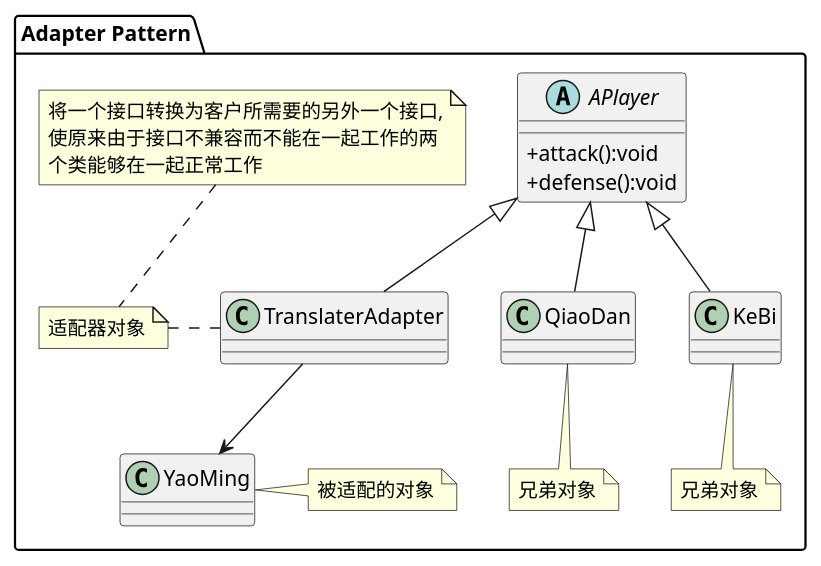
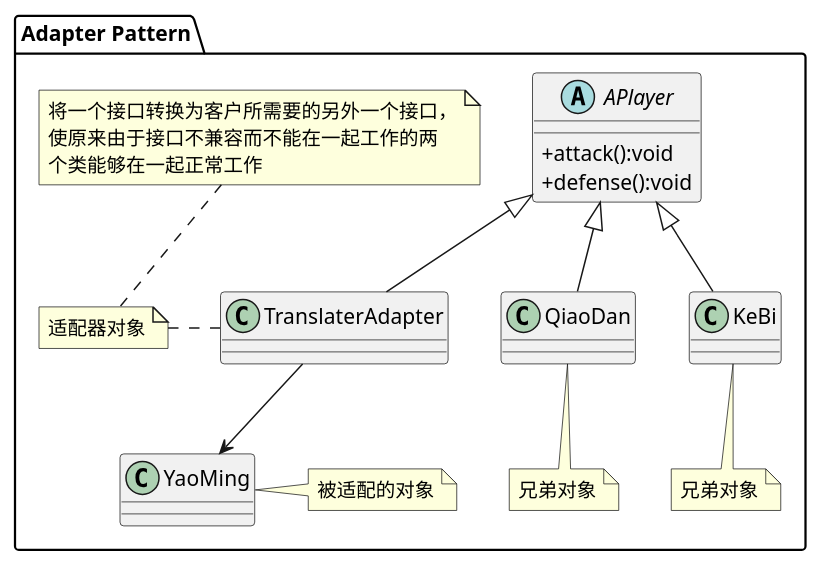
One commit to mxdldev/java-design-pattern changed the diagram in lib_design_pattern/src/main/java/com/mxdl/desigin/pattern/structure/a01_adapter/uml/adapter.puml. Above: the diagram before and after it, drawn with PlantUML. The commit also changed 56 other files, not shown here.

```diff
--- a/lib_design_pattern/src/main/java/com/mxdl/desigin/pattern/structure/a01_adapter/uml/adapter.puml
+++ b/lib_design_pattern/src/main/java/com/mxdl/desigin/pattern/structure/a01_adapter/uml/adapter.puml
@@ -1,24 +1,24 @@
 @startuml
 skinparam classAttributeIconSize 0
 package "Adapter Pattern"{
     abstract class APlayer{
         +attack():void
         +defense():void
     }
     class QiaoDan
     note bottom:兄弟对象
     class QiaoDan extends APlayer
 
     class KeBi
     note bottom:兄弟对象
     class KeBi extends APlayer
     class TranslaterAdapter extends APlayer
     class TranslaterAdapter
     note left:适配器对象
-    note top:将一个接口转换为客户所需要的另外一个接口,\n使原来由于接口不兼容而不能在一起工作的两\n个类能够在一起正常工作
+    note top:将一个接口转换为客户所需要的另外一个接口，\n使原来由于接口不兼容而不能在一起工作的两\n个类能够在一起正常工作
     TranslaterAdapter --> YaoMing
     class YaoMing
     note right:被适配的对象
 }
 
 @enduml
```
